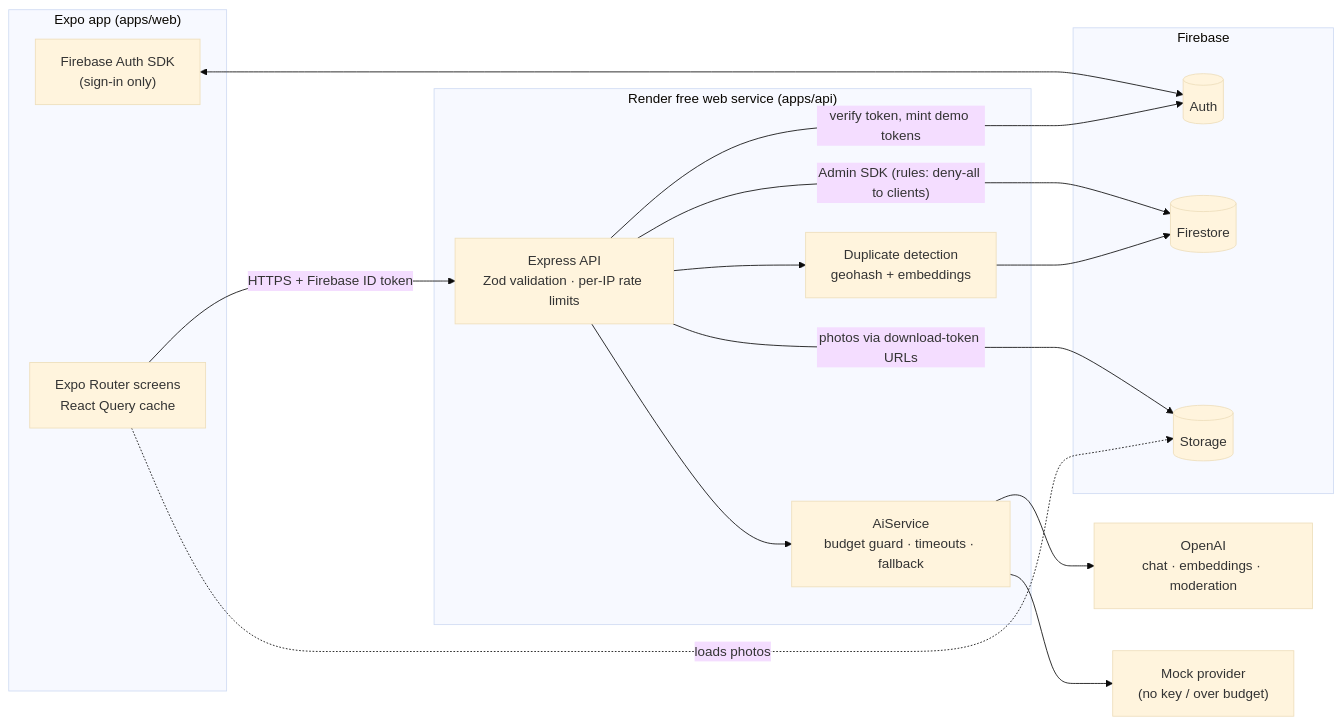
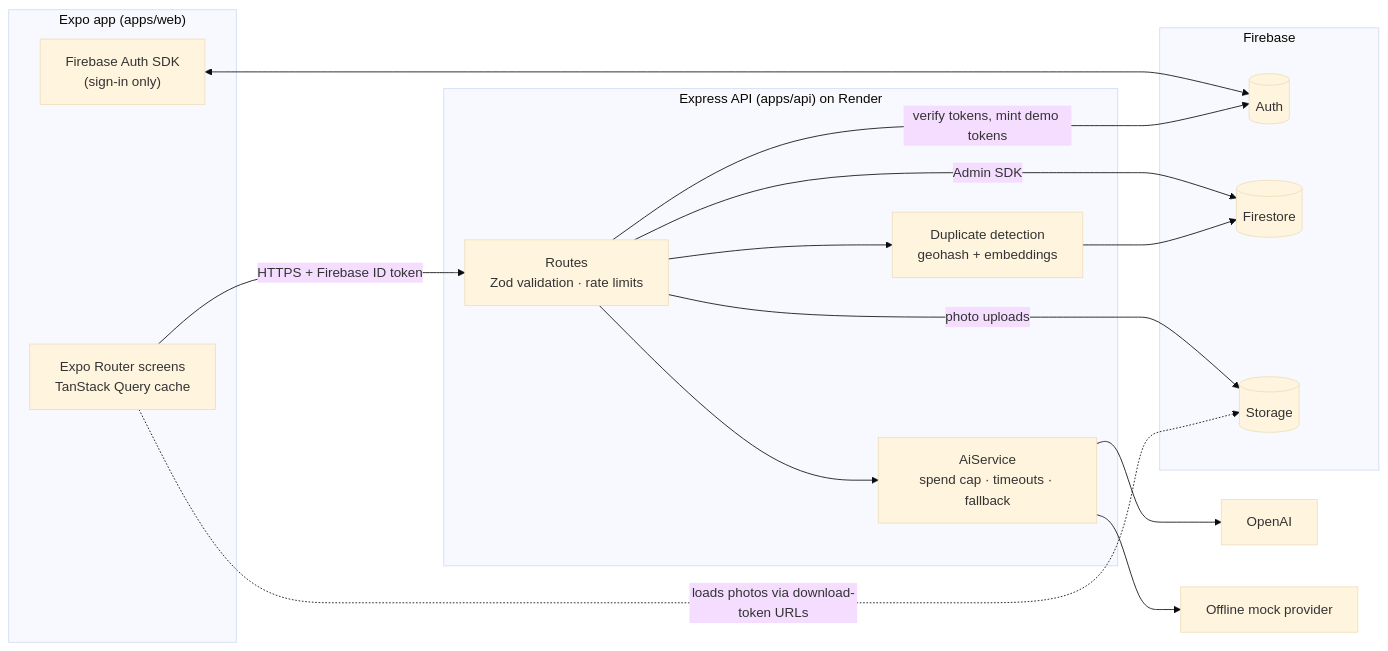
The diagram in README.md (temitopeagbola/CivicCircle), drawn with Mermaid (base theme) before and after one commit. The commit also changed other lines of this file and 5 other files, not shown here.

````diff
--- a/README.md
+++ b/README.md
@@ -28,32 +47,32 @@
 ```mermaid
 flowchart LR
   subgraph Client["Expo app (apps/web)"]
-    UI["Expo Router screens<br/>React Query cache"]
+    UI["Expo Router screens<br/>TanStack Query cache"]
     FA["Firebase Auth SDK<br/>(sign-in only)"]
   end
 
-  subgraph Render["Render free web service (apps/api)"]
-    API["Express API<br/>Zod validation · per-IP rate limits"]
-    AIS["AiService<br/>budget guard · timeouts · fallback"]
+  subgraph API["Express API (apps/api) on Render"]
+    R["Routes<br/>Zod validation · rate limits"]
+    AIS["AiService<br/>spend cap · timeouts · fallback"]
     DUP["Duplicate detection<br/>geohash + embeddings"]
   end
 
   subgraph Firebase
     AUTH[(Auth)]
     FS[(Firestore)]
     ST[(Storage)]
   end
 
-  OAI["OpenAI<br/>chat · embeddings · moderation"]
-  MOCK["Mock provider<br/>(no key / over budget)"]
+  OAI["OpenAI"]
+  MOCK["Offline mock provider"]
 
-  UI -- "HTTPS + Firebase ID token" --> API
+  UI -- "HTTPS + Firebase ID token" --> R
   FA <--> AUTH
-  API -- "verify token, mint demo tokens" --> AUTH
-  API -- "Admin SDK (rules: deny-all to clients)" --> FS
-  API -- "photos via download-token URLs" --> ST
-  API --> AIS --> OAI
+  R -- "verify tokens, mint demo tokens" --> AUTH
+  R -- "Admin SDK" --> FS
+  R -- "photo uploads" --> ST
+  R --> AIS --> OAI
   AIS --> MOCK
-  API --> DUP --> FS
-  UI -. "loads photos" .-> ST
+  R --> DUP --> FS
+  UI -. "loads photos via download-token URLs" .-> ST
 ```
````
